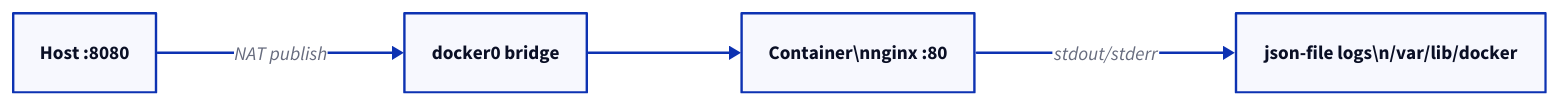
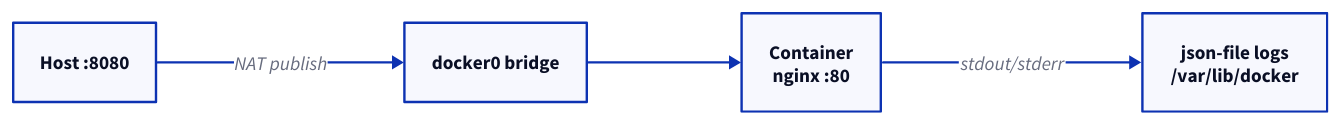
Before and after one commit to rebash-rebash/rebash-academy: the first of 2 diagrams in docs/docker/running-your-first-container.md, drawn with D2. The commit also changed 177 other files, not shown here.

First line of the commit message:
Ship Terraform track, diagram polish, and new brand favicon.

````diff
--- a/docs/docker/running-your-first-container.md
+++ b/docs/docker/running-your-first-container.md
@@ -56,11 +56,11 @@
 ```d2
 direction: right
 
 HOST: "Host :8080"
     BRIDGE: "docker0 bridge"
-    CONT: "Container\\nnginx :80"
-    LOGS: "json-file logs\\n/var/lib/docker"
+    CONT: "Container\nnginx :80"
+    LOGS: "json-file logs\n/var/lib/docker"
     HOST -> BRIDGE: "NAT publish"
     BRIDGE -> CONT
     CONT -> LOGS: "stdout/stderr"
 ```
````
